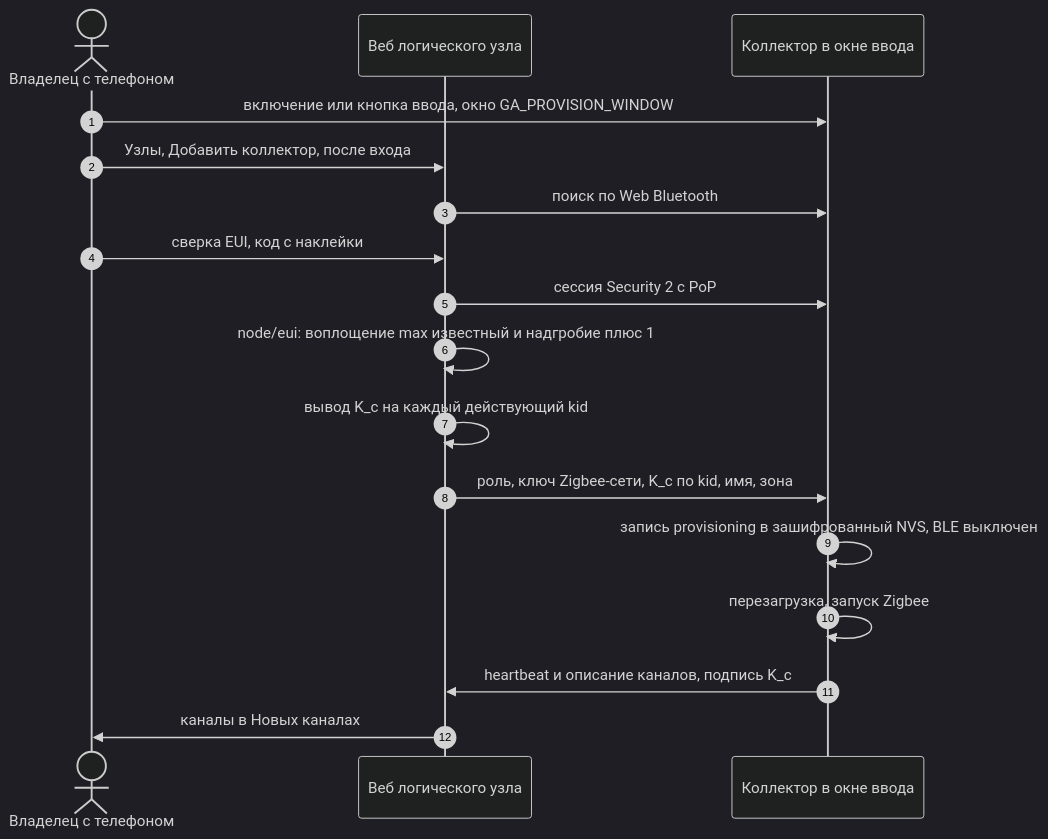
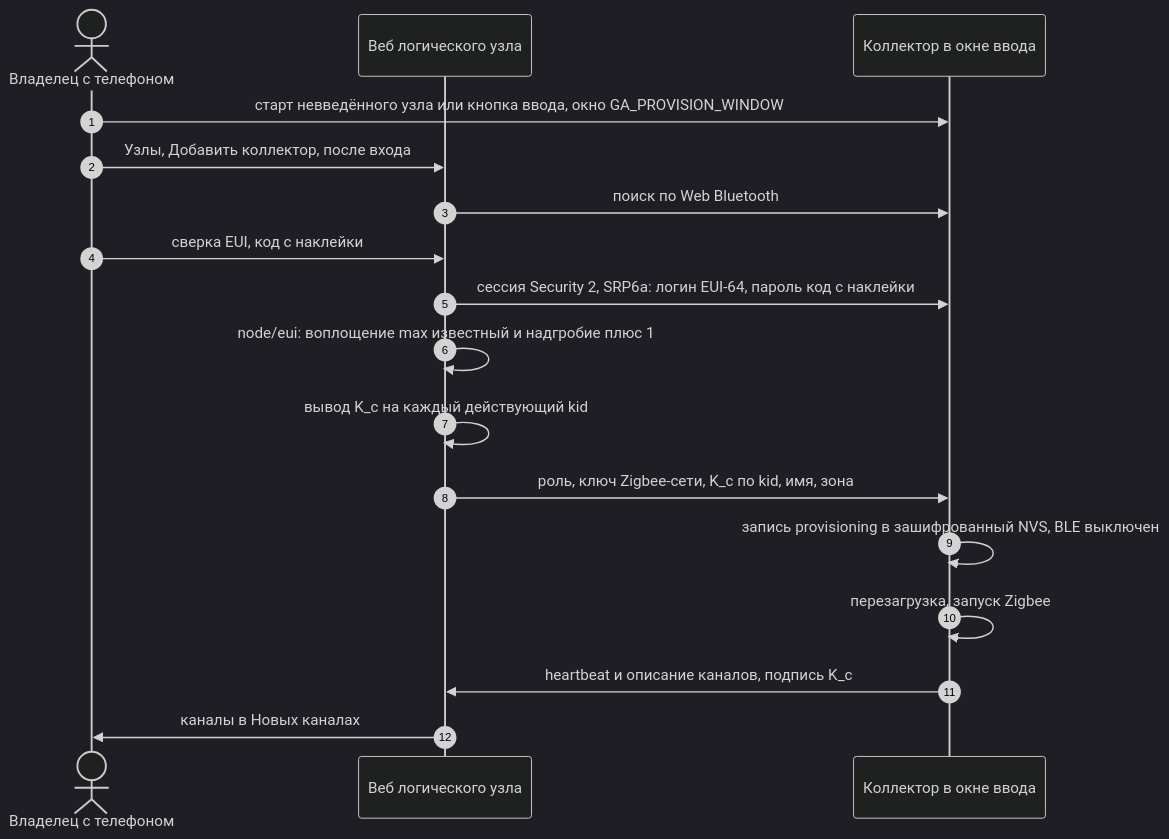
One commit to wol-micro/garageAlarms2.0 changed the ninth of 15 diagrams in _bmad-output/planning-artifacts/protocols-reference/garageAlarms2-протоколы-обмена.md. Above: the diagram before and after it, drawn with Mermaid (dark theme). The commit also changed other lines of this file and 6 other files, not shown here.

````diff
--- a/_bmad-output/planning-artifacts/protocols-reference/garageAlarms2-протоколы-обмена.md
+++ b/_bmad-output/planning-artifacts/protocols-reference/garageAlarms2-протоколы-обмена.md
@@ -810,19 +813,19 @@
 ```mermaid
 sequenceDiagram
   autonumber
   actor O as Владелец с телефоном
   participant W as Веб логического узла
   participant C as Коллектор в окне ввода
-  O->>C: включение или кнопка ввода, окно GA_PROVISION_WINDOW
+  O->>C: старт невведённого узла или кнопка ввода, окно GA_PROVISION_WINDOW
   O->>W: Узлы, Добавить коллектор, после входа
   W->>C: поиск по Web Bluetooth
   O->>W: сверка EUI, код с наклейки
-  W->>C: сессия Security 2 с PoP
+  W->>C: сессия Security 2, SRP6a: логин EUI-64, пароль код с наклейки
   W->>W: node/eui: воплощение max известный и надгробие плюс 1
   W->>W: вывод K_c на каждый действующий kid
   W->>C: роль, ключ Zigbee-сети, K_c по kid, имя, зона
   C->>C: запись provisioning в зашифрованный NVS, BLE выключен
   C->>C: перезагрузка, запуск Zigbee
   C->>W: heartbeat и описание каналов, подпись K_c
   W->>O: каналы в Новых каналах
 ```
````
